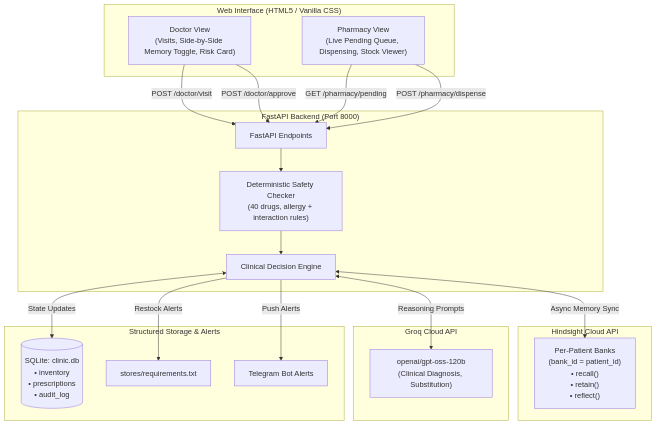
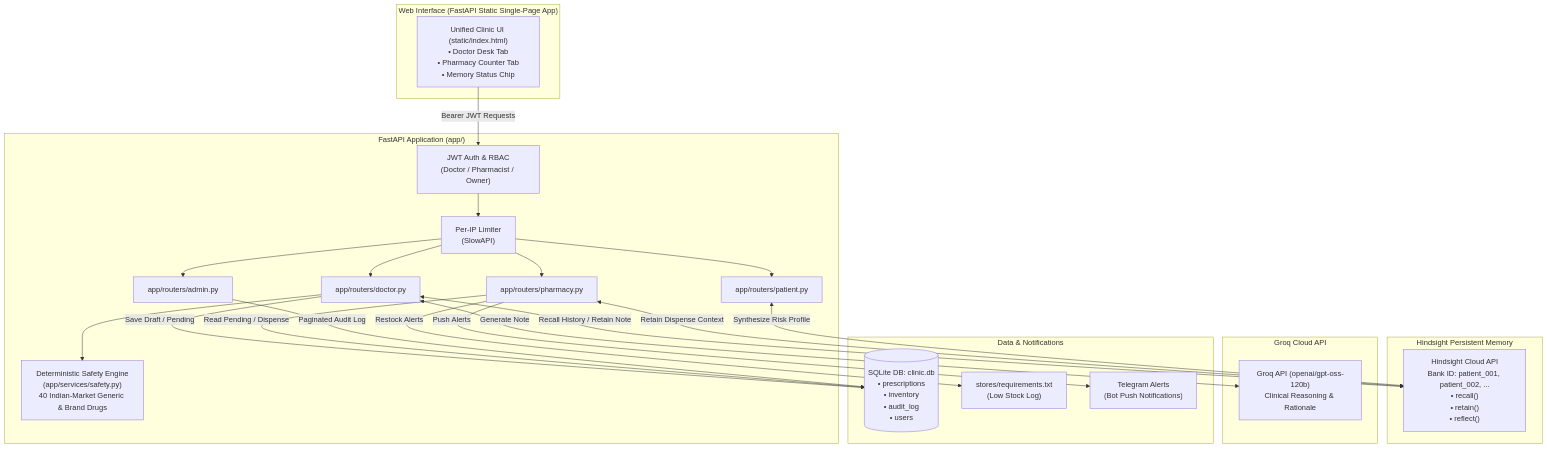
The diagram in README.md (Pranavdeshmukhhh/family-clinic-memory-assistant), drawn with Mermaid before and after one commit. The commit also changed other lines of this file and 5 other files, not shown here.

````diff
--- a/README.md
+++ b/README.md
@@ -161,40 +242,50 @@
 ```mermaid
 graph TD
-    subgraph UI["Web Interface (HTML5 / Vanilla CSS)"]
-        D["Doctor View<br/>(Visits, Side-by-Side Memory Toggle, Risk Card)"]
-        P["Pharmacy View<br/>(Live Pending Queue, Dispensing, Stock Viewer)"]
+    subgraph Client["Web Interface (FastAPI Static Single-Page App)"]
+        UI["Unified Clinic UI (static/index.html)<br/>• Doctor Desk Tab<br/>• Pharmacy Counter Tab<br/>• Memory Status Chip"]
     end
 
-    subgraph Backend["FastAPI Backend (Port 8000)"]
-        API["FastAPI Endpoints"]
-        Eng["Clinical Decision Engine"]
-        Safety["Deterministic Safety Checker<br/>(40 drugs, allergy + interaction rules)"]
+    subgraph Server["FastAPI Application (app/)"]
+        Auth["JWT Auth & RBAC<br/>(Doctor / Pharmacist / Owner)"]
+        RateLimit["Per-IP Limiter<br/>(SlowAPI)"]
+        RouterDoc["app/routers/doctor.py"]
+        RouterPharm["app/routers/pharmacy.py"]
+        RouterPat["app/routers/patient.py"]
+        RouterAdmin["app/routers/admin.py"]
+        Safety["Deterministic Safety Engine<br/>(app/services/safety.py)<br/>40 Indian-Market Generic & Brand Drugs"]
     end
 
-    subgraph Memory["Hindsight Cloud API"]
-        H["Per-Patient Banks<br/>(bank_id = patient_id)<br/>• recall()<br/>• retain()<br/>• reflect()"]
+    subgraph MemoryLayer["Hindsight Persistent Memory"]
+        Hindsight["Hindsight Cloud API<br/>Bank ID: patient_001, patient_002, ...<br/>• recall()<br/>• retain()<br/>• reflect()"]
     end
 
-    subgraph LLM["Groq Cloud API"]
-        G["openai/gpt-oss-120b<br/>(Clinical Diagnosis, Substitution)"]
+    subgraph LLMLayer["Groq Cloud API"]
+        Groq["Groq API (openai/gpt-oss-120b)<br/>Clinical Reasoning & Rationale"]
     end
 
-    subgraph Storage["Structured Storage & Alerts"]
-        DB[("SQLite: clinic.db<br/>• inventory<br/>• prescriptions<br/>• audit_log")]
-        FS["stores/requirements.txt"]
-        TG["Telegram Bot Alerts"]
+    subgraph StorageLayer["Data & Notifications"]
+        SQLite[("SQLite DB: clinic.db<br/>• prescriptions<br/>• inventory<br/>• audit_log<br/>• users")]
+        Stores["stores/requirements.txt<br/>(Low Stock Log)"]
+        Telegram["Telegram Alerts<br/>(Bot Push Notifications)"]
     end
 
-    D -->|POST /doctor/visit| API
-    D -->|POST /doctor/approve| API
-    P -->|GET /pharmacy/pending| API
-    P -->|POST /pharmacy/dispense| API
+    UI -->|Bearer JWT Requests| Auth
+    Auth --> RateLimit
+    RateLimit --> RouterDoc
+    RateLimit --> RouterPharm
+    RateLimit --> RouterPat
+    RateLimit --> RouterAdmin
 
-    API --> Safety
-    Safety --> Eng
-    Eng <-->|Async Memory Sync| H
-    Eng <-->|Reasoning Prompts| G
-    Eng <-->|State Updates| DB
-    Eng -->|Restock Alerts| FS
-    Eng -->|Push Alerts| TG
+    RouterDoc --> Safety
+    RouterDoc <-->|Recall History / Retain Note| Hindsight
+    RouterDoc <-->|Generate Note| Groq
+    RouterDoc -->|Save Draft / Pending| SQLite
+
+    RouterPharm -->|Read Pending / Dispense| SQLite
+    RouterPharm <-->|Retain Dispense Context| Hindsight
+    RouterPharm -->|Restock Alerts| Stores
+    RouterPharm -->|Push Alerts| Telegram
+
+    RouterPat <-->|Synthesize Risk Profile| Hindsight
+    RouterAdmin -->|Paginated Audit Log| SQLite
 ```
````
